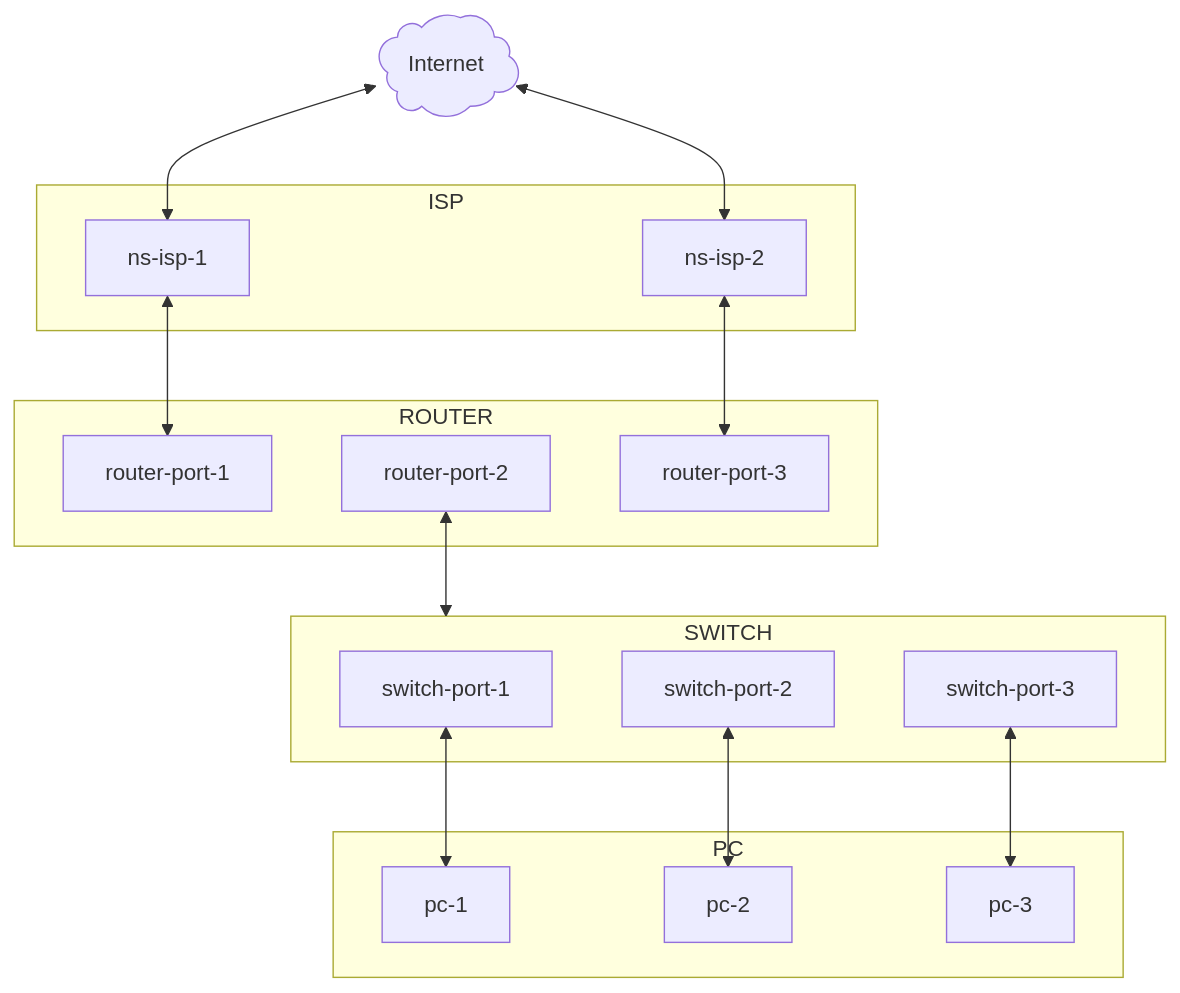
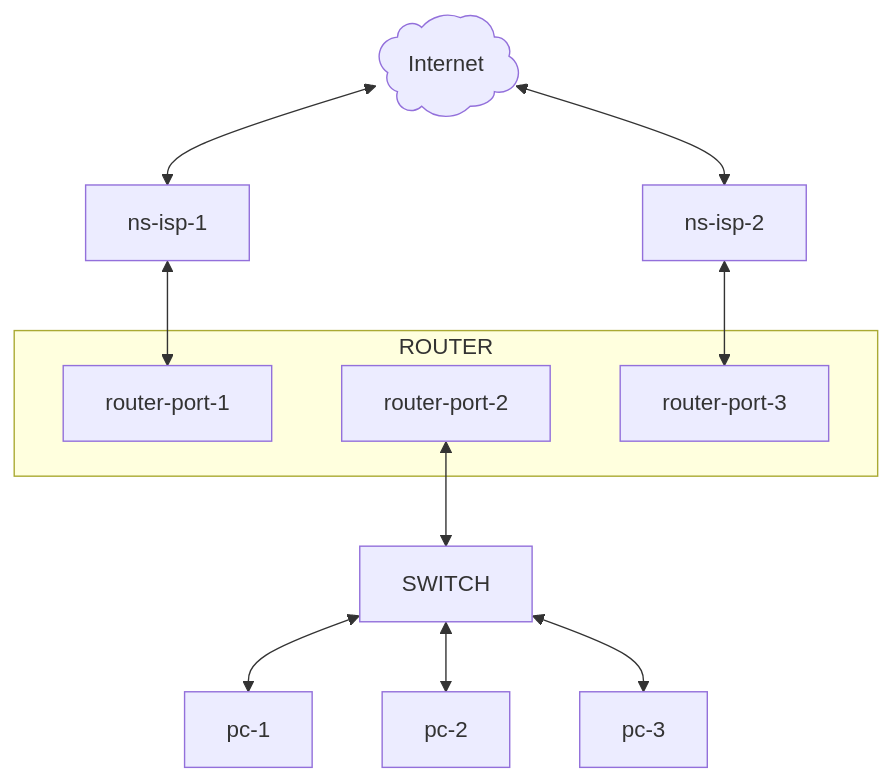
One commit to twdamhore/virtual-switch-lab changed the diagram in docs/01-policy-routing.md. Above: the diagram before and after it, drawn with Mermaid.

Commit message:
Refactor network diagram in policy-routing.md
Updated the diagram to remove unnecessary subgraphs for ISP, SWITCH, and PC while maintaining connections.

````diff
--- a/docs/01-policy-routing.md
+++ b/docs/01-policy-routing.md
@@ -33,33 +33,25 @@
 ```mermaid
 graph TB
     Internet@{ label: "Internet", shape: cloud }
-    subgraph ISP
-        ISP_1["ns-isp-1"]
-        ISP_2["ns-isp-2"]
-    end
+    ISP_1["ns-isp-1"]
+    ISP_2["ns-isp-2"]
     subgraph ROUTER
         ROUTER_PORT_1["router-port-1"]
         ROUTER_PORT_2["router-port-2"]
         ROUTER_PORT_3["router-port-3"]
     end
-    subgraph SWITCH
-        SWITCH_PORT_1["switch-port-1"]
-        SWITCH_PORT_2["switch-port-2"]
-        SWITCH_PORT_3["switch-port-3"]
-    end
-    subgraph PC
-        PC_1["pc-1"]
-        PC_2["pc-2"]
-        PC_3["pc-3"]
-    end
+    SWITCH
+    PC_1["pc-1"]
+    PC_2["pc-2"]
+    PC_3["pc-3"]
     
     Internet <--> ISP_1
     Internet <--> ISP_2
     ISP_1 <--> ROUTER_PORT_1
     ISP_2 <--> ROUTER_PORT_3
     ROUTER_PORT_2 <--> SWITCH
-    SWITCH_PORT_1 <--> PC_1
-    SWITCH_PORT_2 <--> PC_2
-    SWITCH_PORT_3 <--> PC_3
+    SWITCH <--> PC_1
+    SWITCH <--> PC_2
+    SWITCH <--> PC_3
     
 ```
````
